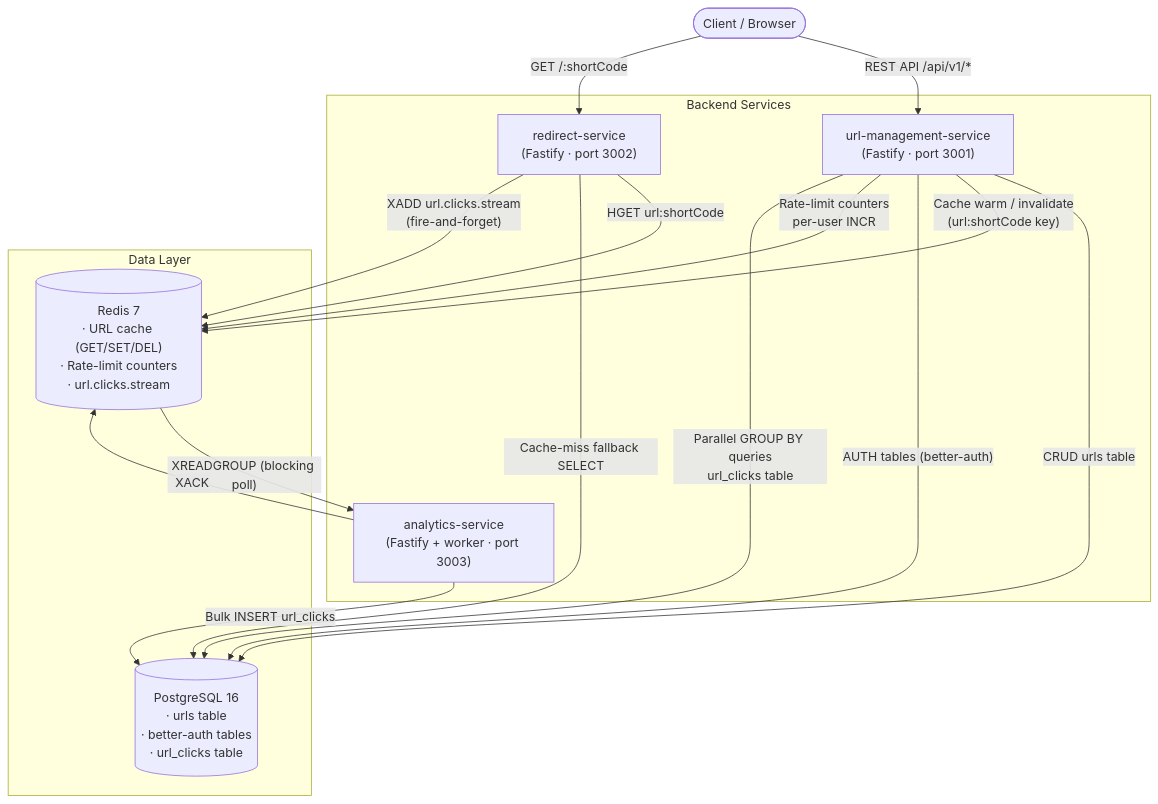
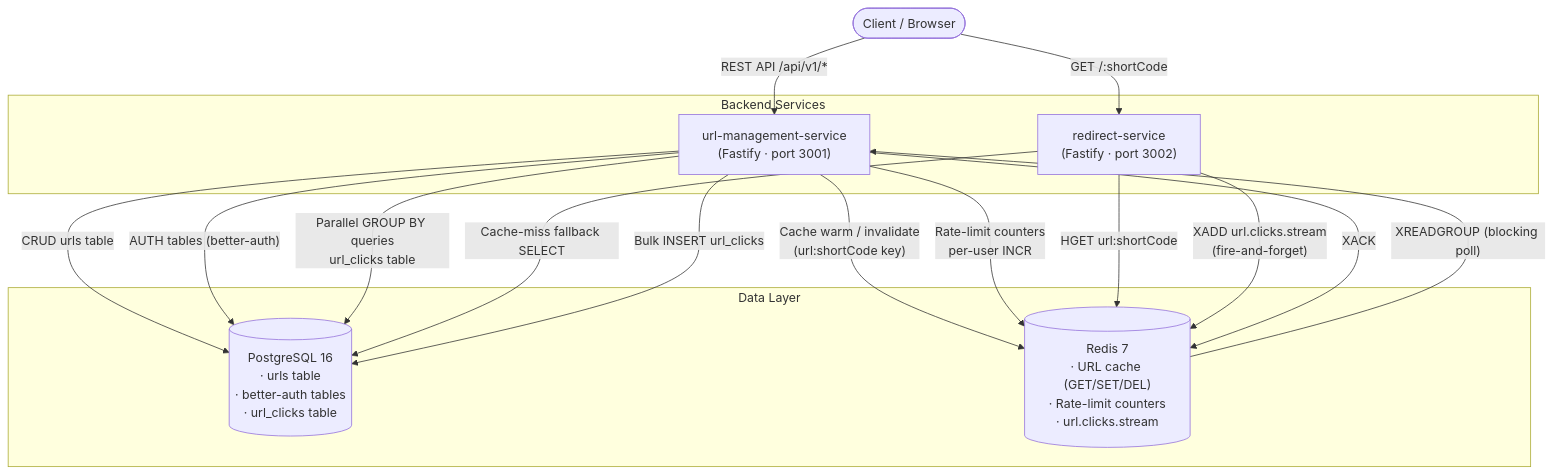
One commit to AbhishekGuna/FastUrl changed the first of 3 diagrams in HLD.md. Above: the diagram before and after it, drawn with Mermaid. The commit also changed other lines of this file and 2 other files, not shown here.

````diff
--- a/HLD.md
+++ b/HLD.md
@@ -21,32 +20,31 @@
 ```mermaid
 graph TD
     Client([Client / Browser])
 
     subgraph Backend Services
         UMS["url-management-service\n(Fastify · port 3001)"]
         RS["redirect-service\n(Fastify · port 3002)"]
-        AS["analytics-service\n(Fastify + worker · port 3003)"]
     end
 
     subgraph Data Layer
         PG[("PostgreSQL 16\n· urls table\n· better-auth tables\n· url_clicks table")]
         Redis[("Redis 7\n· URL cache (GET/SET/DEL)\n· Rate-limit counters\n· url.clicks.stream")]
     end
 
     Client -->|"REST API /api/v1/*"| UMS
     Client -->|"GET /:shortCode"| RS
 
     UMS -->|"CRUD urls table"| PG
     UMS -->|"Cache warm / invalidate\n(url:shortCode key)"| Redis
     UMS -->|"AUTH tables (better-auth)"| PG
     UMS -->|"Rate-limit counters\nper-user INCR"| Redis
     UMS -->|"Parallel GROUP BY queries\nurl_clicks table"| PG
 
     RS -->|"HGET url:shortCode"| Redis
     RS -->|"Cache-miss fallback SELECT"| PG
     RS -->|"XADD url.clicks.stream\n(fire-and-forget)"| Redis
 
-    Redis -->|"XREADGROUP (blocking poll)"| AS
-    AS -->|"Bulk INSERT url_clicks"| PG
-    AS -->|"XACK"| Redis
+    Redis -->|"XREADGROUP (blocking poll)"| UMS
+    UMS -->|"Bulk INSERT url_clicks"| PG
+    UMS -->|"XACK"| Redis
 ```
````
